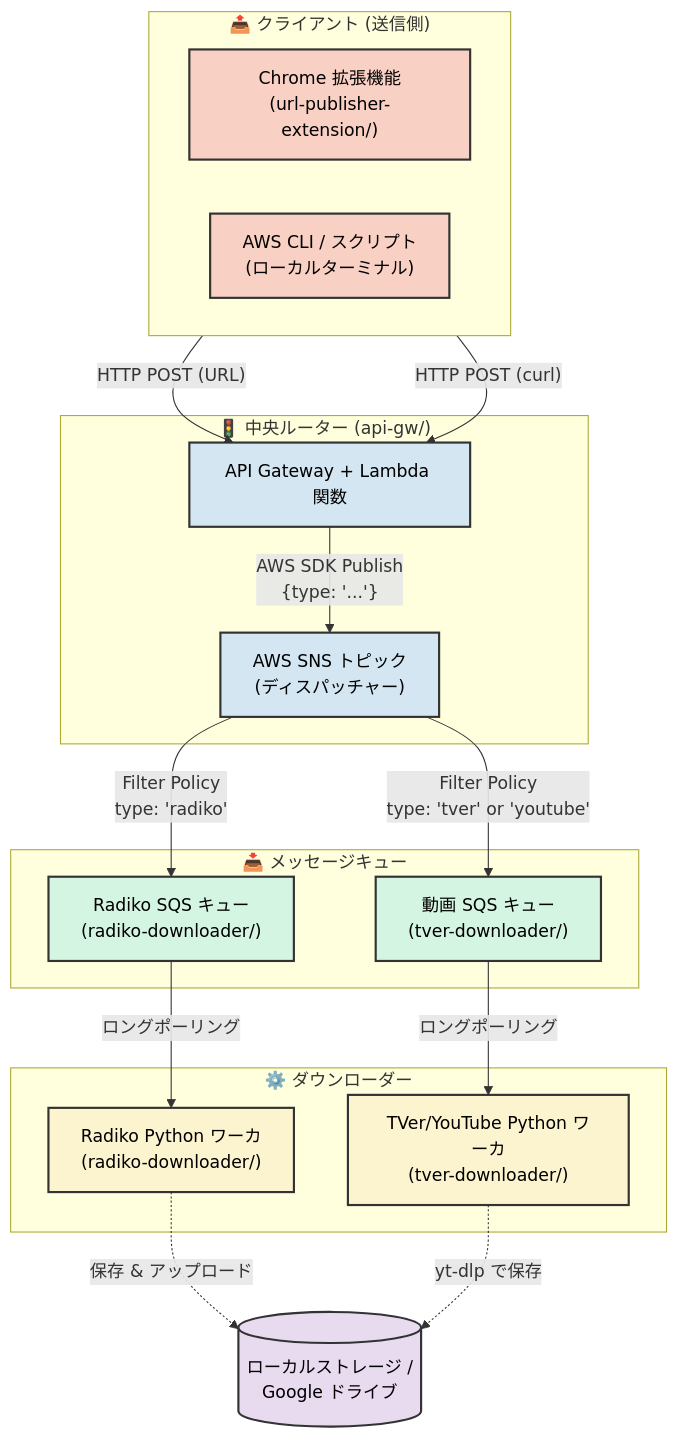
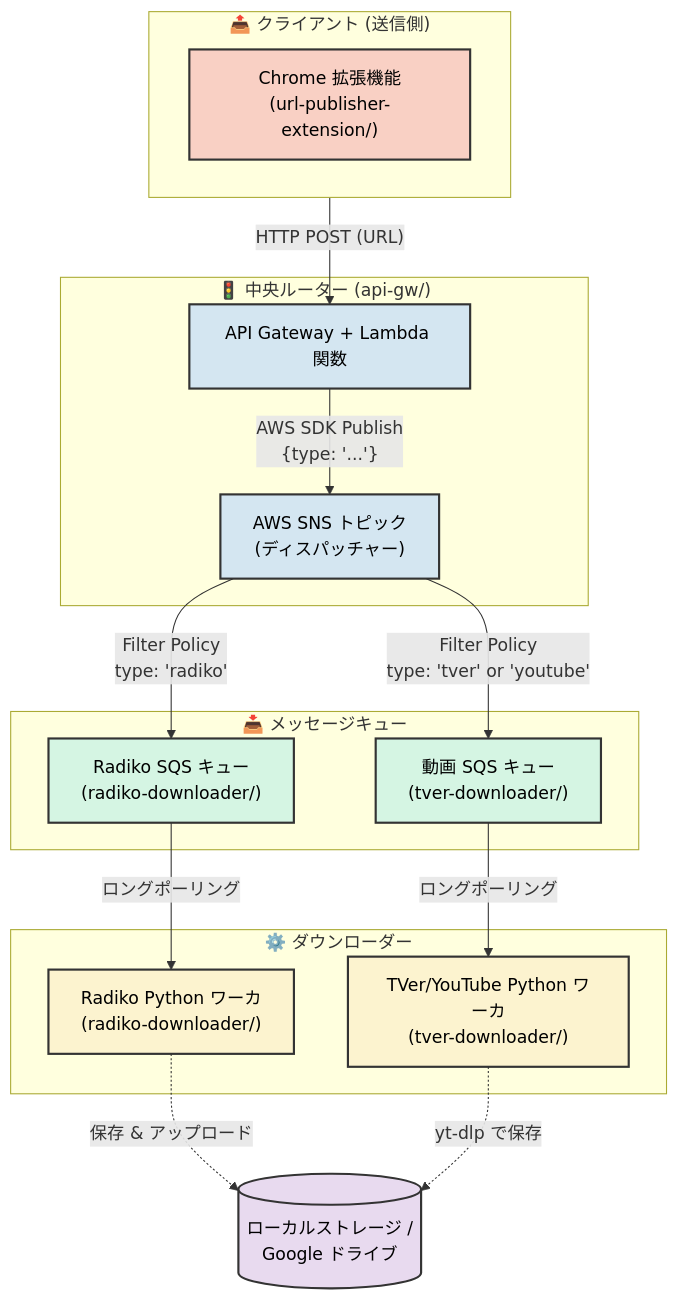
The diagram in README_ja.md (khirata/media-downloader), drawn with Mermaid before and after one commit. The commit also changed other lines of this file and 1 other file, not shown here.

Commit message:
refactor: remove AWS CLI references from README files

````diff
--- a/README_ja.md
+++ b/README_ja.md
@@ -10,48 +10,46 @@
 ```mermaid
 graph TD
     classDef client fill:#f9d0c4,stroke:#333,stroke-width:2px,color:#000;
     classDef router fill:#d4e6f1,stroke:#333,stroke-width:2px,color:#000;
     classDef queue fill:#d5f5e3,stroke:#333,stroke-width:2px,color:#000;
     classDef worker fill:#fcf3cf,stroke:#333,stroke-width:2px,color:#000;
     classDef storage fill:#e8daef,stroke:#333,stroke-width:2px,color:#000;
 
     subgraph Clients ["📤 クライアント (送信側)"]
         direction LR
         EXT["Chrome 拡張機能<br/>(url-publisher-extension/)"]:::client
-        CLI["AWS CLI / スクリプト<br/>(ローカルターミナル)"]:::client
     end
 
     subgraph Dispatcher ["🚦 中央ルーター (api-gw/)"]
         API["API Gateway + Lambda 関数"]:::router
         SNS["AWS SNS トピック<br/>(ディスパッチャー)"]:::router
     end
 
     subgraph Queues ["📥 メッセージキュー"]
         SQS_R["Radiko SQS キュー<br/>(radiko-downloader/)"]:::queue
         SQS_T["動画 SQS キュー<br/>(tver-downloader/)"]:::queue
     end
 
     subgraph Workers ["⚙️ ダウンローダー"]
         WORK_R["Radiko Python ワーカ<br/>(radiko-downloader/)"]:::worker
         WORK_T["TVer/YouTube Python ワーカ<br/>(tver-downloader/)"]:::worker
     end
     
     STORAGE[("ローカルストレージ /<br/>Google ドライブ")]:::storage
 
     %% Client flows
     EXT -->|"HTTP POST (URL)"| API
-    CLI -->|"HTTP POST (curl)"| API
     API -->|"AWS SDK Publish<br/>{type: '...'} "| SNS
 
     %% Dispatcher routing based on message attributes/body
     SNS -->|"Filter Policy<br/>type: 'radiko'"| SQS_R
     SNS -->|"Filter Policy<br/>type: 'tver' or 'youtube'"| SQS_T
 
     %% Worker polling
     SQS_R -->|"ロングポーリング"| WORK_R
     SQS_T -->|"ロングポーリング"| WORK_T
 
     %% Final output
     WORK_R -.->|"保存 & アップロード"| STORAGE
     WORK_T -.->|"yt-dlp で保存"| STORAGE
 ```
````
